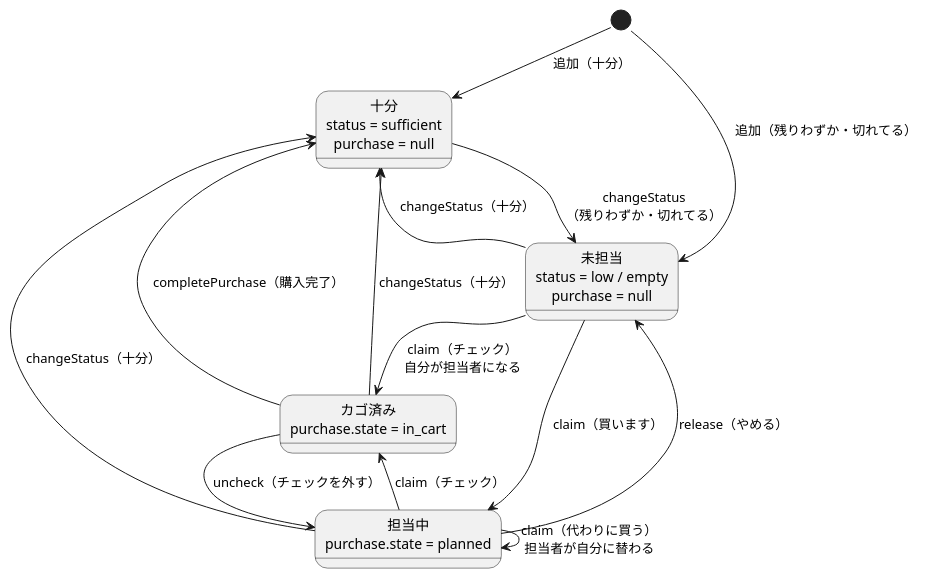
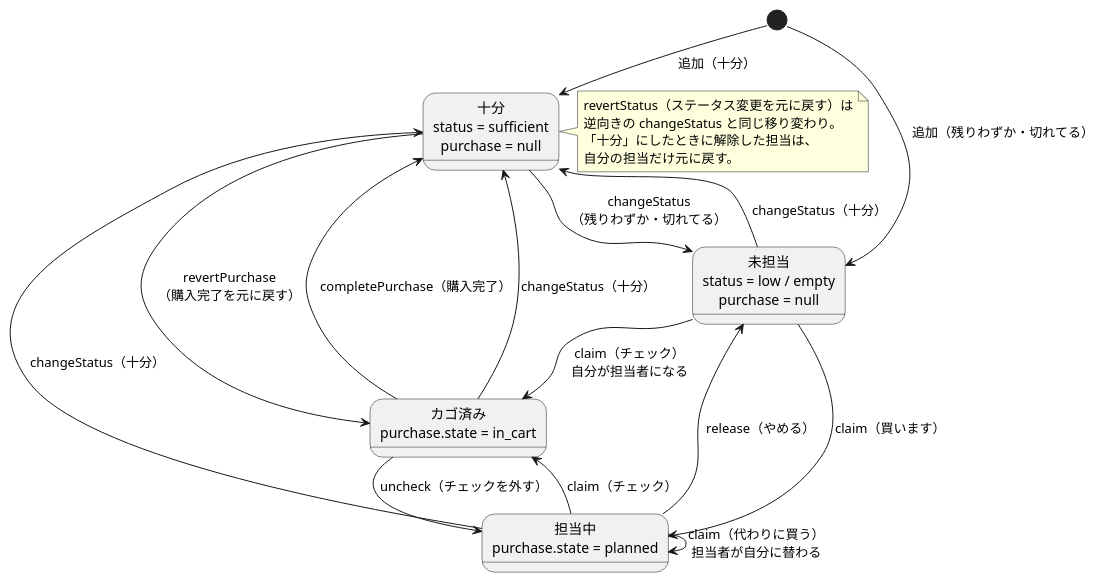
Before and after one commit to LASC-SINCE2015/LivingManager: the diagram in design/data/diagrams/purchase_state.puml, drawn with PlantUML. The commit also changed 57 other files, not shown here.

```diff
--- a/design/data/diagrams/purchase_state.puml
+++ b/design/data/diagrams/purchase_state.puml
@@ -1,27 +1,35 @@
 @startuml purchase_state
 !pragma layout smetana
 ' アイテムの status と purchase の組み合わせの移り変わり
 skinparam defaultFontName "Meiryo"
 
 state "十分\nstatus = sufficient\npurchase = null" as Sufficient
 state "未担当\nstatus = low / empty\npurchase = null" as Open
 state "担当中\npurchase.state = planned" as Planned
 state "カゴ済み\npurchase.state = in_cart" as InCart
 
 [*] --> Sufficient : 追加（十分）
 [*] --> Open : 追加（残りわずか・切れてる）
 
 Sufficient --> Open : changeStatus\n（残りわずか・切れてる）
 Open --> Sufficient : changeStatus（十分）
 
 Open --> Planned : claim（買います）
 Planned --> Open : release（やめる）
 Planned --> Planned : claim（代わりに買う）\n担当者が自分に替わる
 Open --> InCart : claim（チェック）\n自分が担当者になる
 Planned --> InCart : claim（チェック）
 InCart --> Planned : uncheck（チェックを外す）
 
 InCart --> Sufficient : completePurchase（購入完了）
 Planned --> Sufficient : changeStatus（十分）
 InCart --> Sufficient : changeStatus（十分）
+Sufficient --> InCart : revertPurchase\n（購入完了を元に戻す）
+
+note right of Sufficient
+  revertStatus（ステータス変更を元に戻す）は
+  逆向きの changeStatus と同じ移り変わり。
+  「十分」にしたときに解除した担当は、
+  自分の担当だけ元に戻す。
+end note
 @enduml
```
